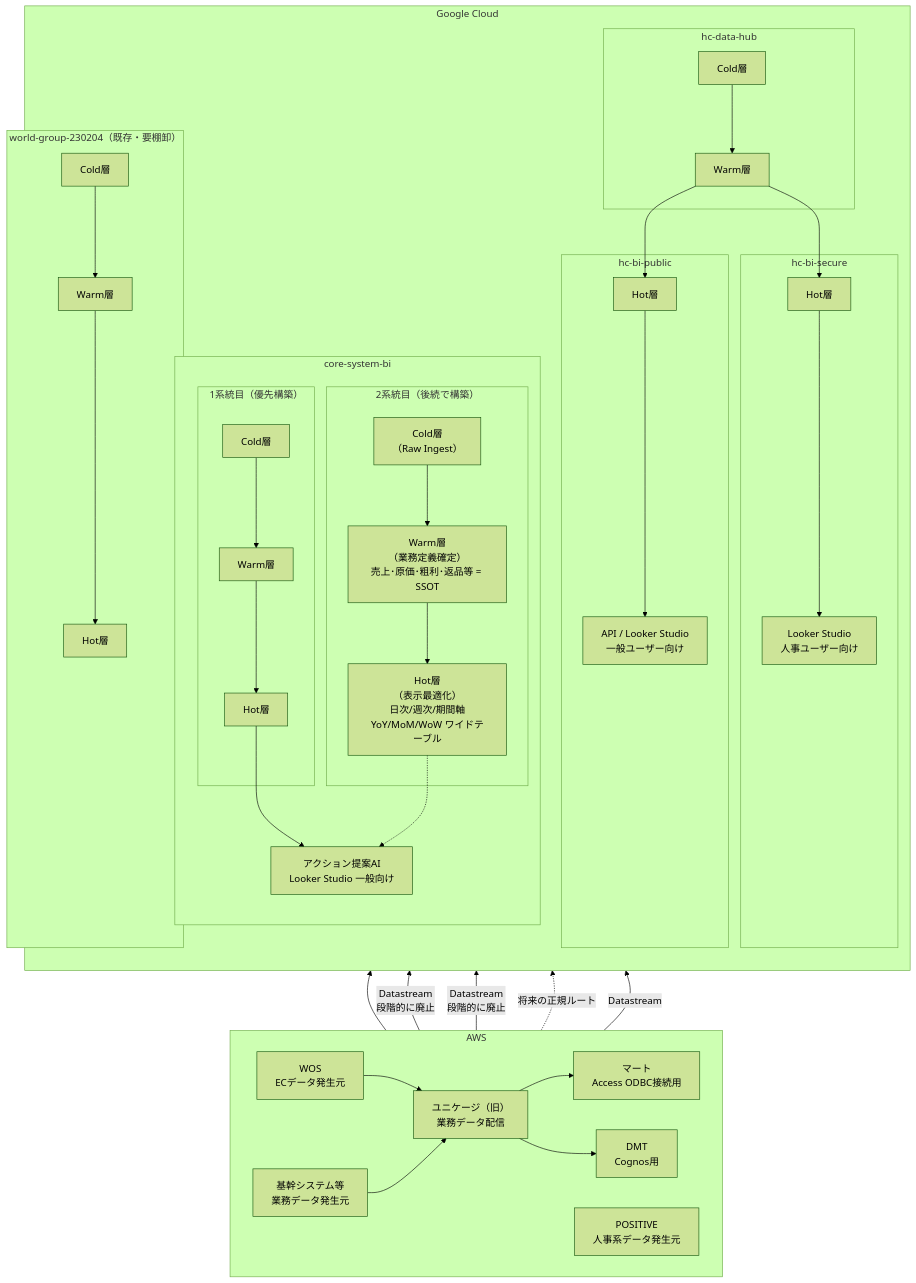
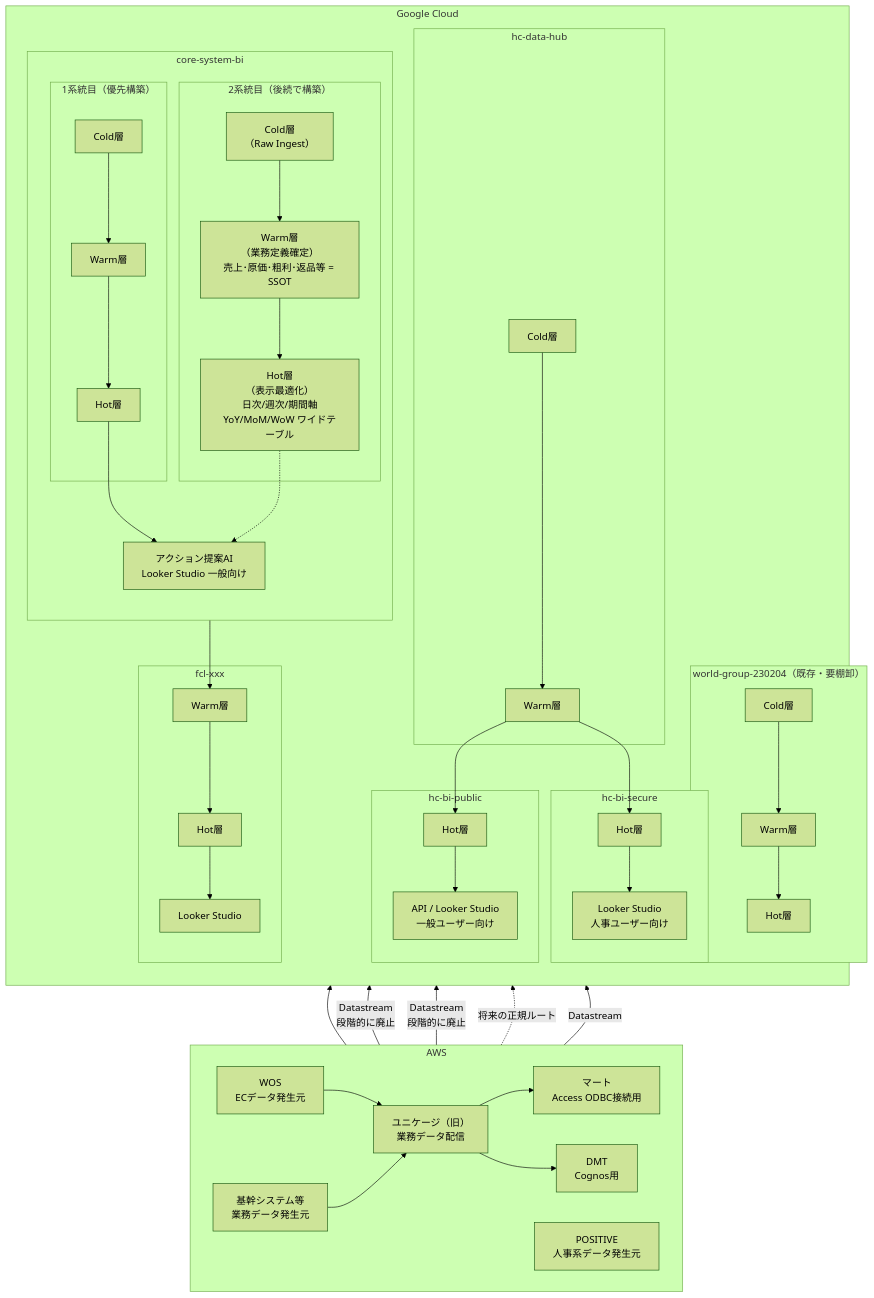
Before and after one commit to jhasegawa-01100687/bi-diagram: the diagram in README.md, drawn with Mermaid (forest theme).

Commit message:
docs: add fcl-xxx project to GCP architecture diagram
Add new fcl-xxx project between world-group-230204 and core-system-bi
with Warm layer, Hot layer, and Looker Studio components. Include data
flow from core-system-bi Stream2 Cold layer to fcl-xxx Warm layer.

````diff
--- a/README.md
+++ b/README.md
@@ -3,74 +3,82 @@
 ```mermaid
 flowchart BT
     subgraph AWS["AWS"]
         direction LR
         WOS["WOS<br/>ECデータ発生元"]
         Core["基幹システム等<br/>業務データ発生元"]
         POSITIVE["POSITIVE<br/>人事系データ発生元"]
         Unikage["ユニケージ（旧）<br/>業務データ配信"]
         Mart["マート<br/>Access ODBC接続用"]
         DMT["DMT<br/>Cognos用"]
 
         WOS --> Unikage
         Core --> Unikage
         Unikage --> Mart
         Unikage --> DMT
     end
 
     subgraph GCP["Google Cloud"]
         direction TB
 
         subgraph hc-data-hub["hc-data-hub"]
             DH_Cold["Cold層"]
             DH_Warm["Warm層"]
             DH_Cold --> DH_Warm
         end
 
         subgraph hc-bi-public["hc-bi-public"]
             PUB_Hot["Hot層"]
             PUB_Out["API / Looker Studio<br/>一般ユーザー向け"]
             PUB_Hot --> PUB_Out
         end
 
         subgraph hc-bi-secure["hc-bi-secure"]
             SEC_Hot["Hot層"]
             SEC_Out["Looker Studio<br/>人事ユーザー向け"]
             SEC_Hot --> SEC_Out
         end
 
         subgraph core-system-bi["core-system-bi"]
             direction TB
             subgraph Stream1["1系統目（優先構築）"]
                 S1_Cold["Cold層"]
                 S1_Warm["Warm層"]
                 S1_Hot["Hot層"]
                 S1_Cold --> S1_Warm --> S1_Hot
             end
             subgraph Stream2["2系統目（後続で構築）"]
                 S2_Cold["Cold層<br/>（Raw Ingest）"]
                 S2_Warm["Warm層<br/>（業務定義確定）<br/>売上･原価･粗利･返品等 = SSOT"]
                 S2_Hot["Hot層<br/>（表示最適化）<br/>日次/週次/期間軸<br/>YoY/MoM/WoW ワイドテーブル"]
                 S2_Cold --> S2_Warm --> S2_Hot
             end
             CORE_Out["アクション提案AI<br/>Looker Studio 一般向け"]
             S1_Hot --> CORE_Out
             S2_Hot -.-> CORE_Out
         end
 
         subgraph world-group["world-group-230204（既存・要棚卸）"]
             WG_Cold["Cold層"]
             WG_Warm["Warm層"]
             WG_Hot["Hot層"]
             WG_Cold --> WG_Warm --> WG_Hot
         end
+
+        subgraph fcl-xxx["fcl-xxx"]
+            FCL_Warm["Warm層"]
+            FCL_Hot["Hot層"]
+            FCL_Out["Looker Studio"]
+            FCL_Warm --> FCL_Hot --> FCL_Out
+        end
     end
 
     %% データフロー（AWS → GCP）
     Unikage --> WG_Cold
+    S2_Cold --> FCL_Warm
     DH_Warm --> PUB_Hot
     DH_Warm --> SEC_Hot
     Mart -->|Datastream<br/>段階的に廃止| S1_Cold
     DMT -->|Datastream<br/>段階的に廃止| S1_Cold
     Core -.->|将来の正規ルート| S2_Cold
     POSITIVE -->|Datastream| DH_Cold
 ```
````
